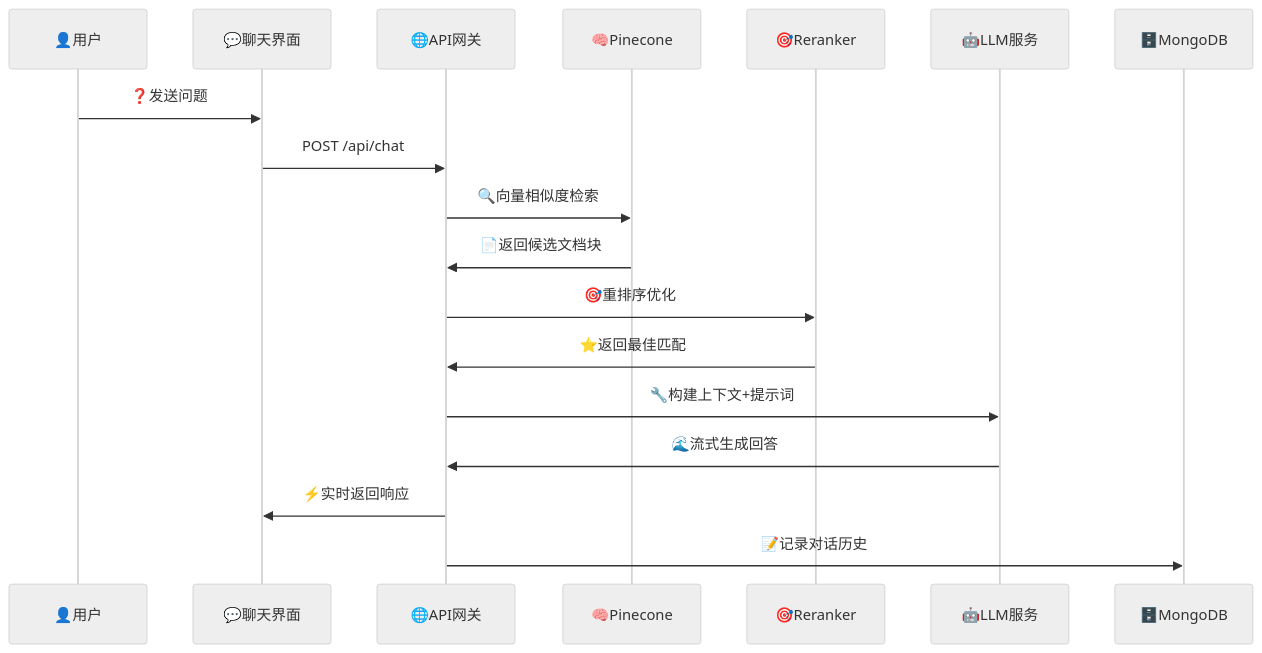
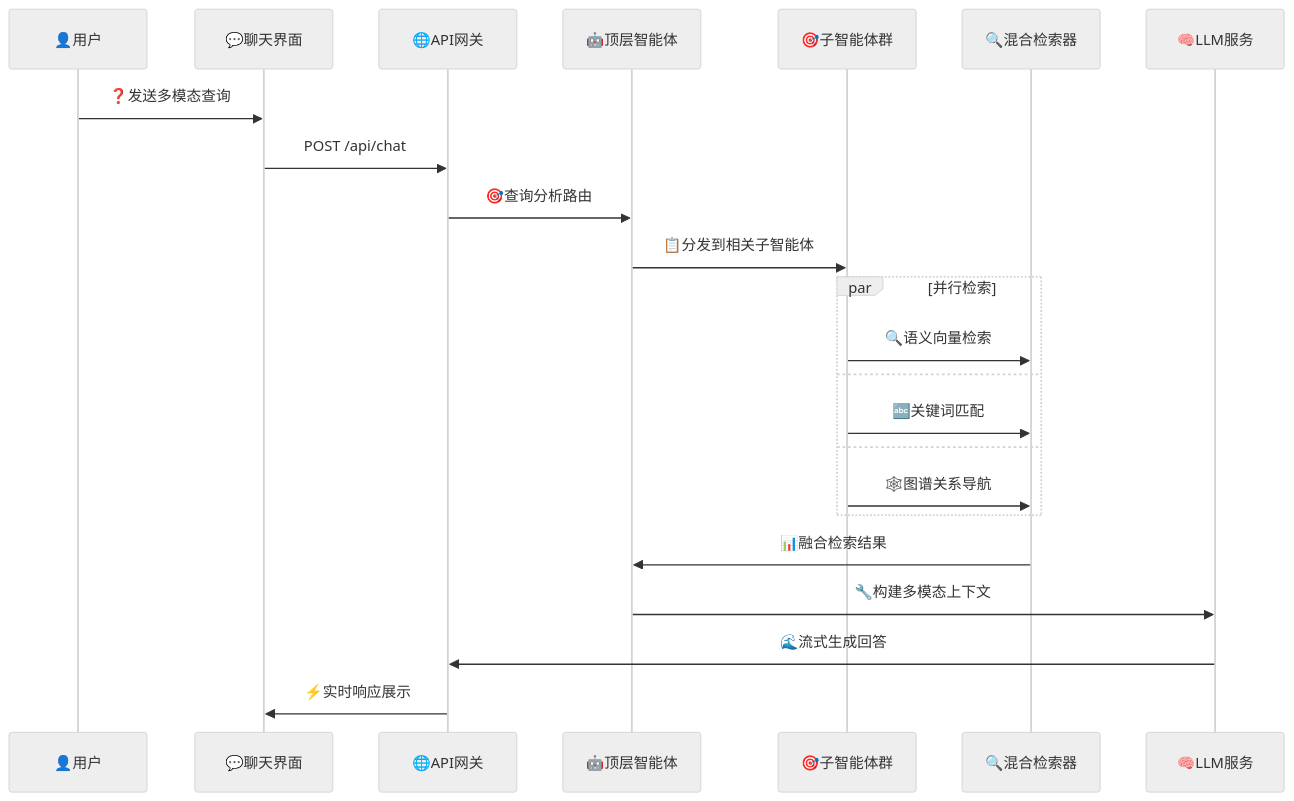
The second of 2 diagrams in README.md (totodo/allpassagent), drawn with Mermaid (neutral theme) before and after one commit. The commit also changed other lines of this file and 12 other files, not shown here.

````diff
--- a/README.md
+++ b/README.md
@@ -413,21 +476,28 @@
 ```mermaid
 sequenceDiagram
     participant U as 👤用户
     participant C as 💬聊天界面
     participant A as 🌐API网关
-    participant V as 🧠Pinecone
-    participant R as 🎯Reranker
-    participant L as 🤖LLM服务
-    participant M as 🗄️MongoDB
+    participant R as 🤖顶层智能体
+    participant S as 🎯子智能体群
+    participant H as 🔍混合检索器
+    participant L as 🧠LLM服务
 
-    U->>C: ❓发送问题
+    U->>C: ❓发送多模态查询
     C->>A: POST /api/chat
-    A->>V: 🔍向量相似度检索
-    V->>A: 📄返回候选文档块
-    A->>R: 🎯重排序优化
-    R->>A: ⭐返回最佳匹配
-    A->>L: 🔧构建上下文+提示词
+    A->>R: 🎯查询分析路由
+    R->>S: 📋分发到相关子智能体
+    
+    par 并行检索
+        S->>H: 🔍语义向量检索
+    and
+        S->>H: 🔤关键词匹配
+    and
+        S->>H: 🕸️图谱关系导航
+    end
+    
+    H->>R: 📊融合检索结果
+    R->>L: 🔧构建多模态上下文
     L->>A: 🌊流式生成回答
-    A->>C: ⚡实时返回响应
-    A->>M: 📝记录对话历史
+    A->>C: ⚡实时响应展示
 ```
````
